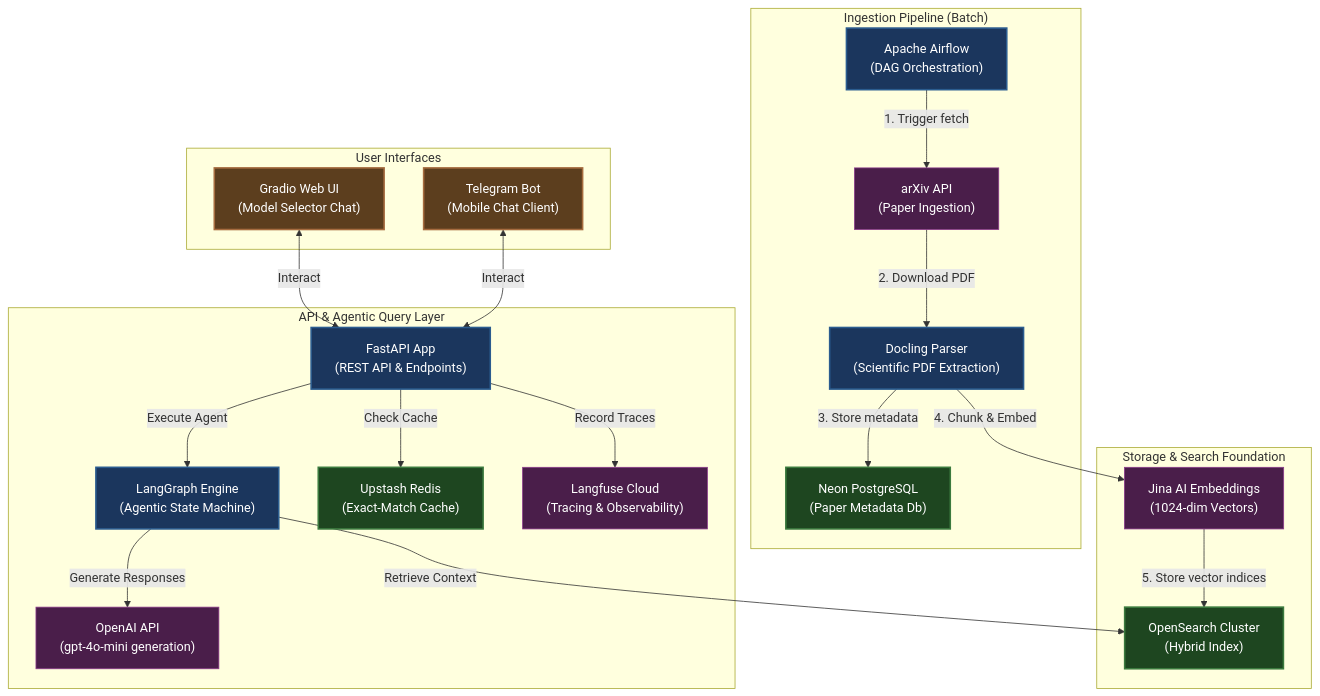
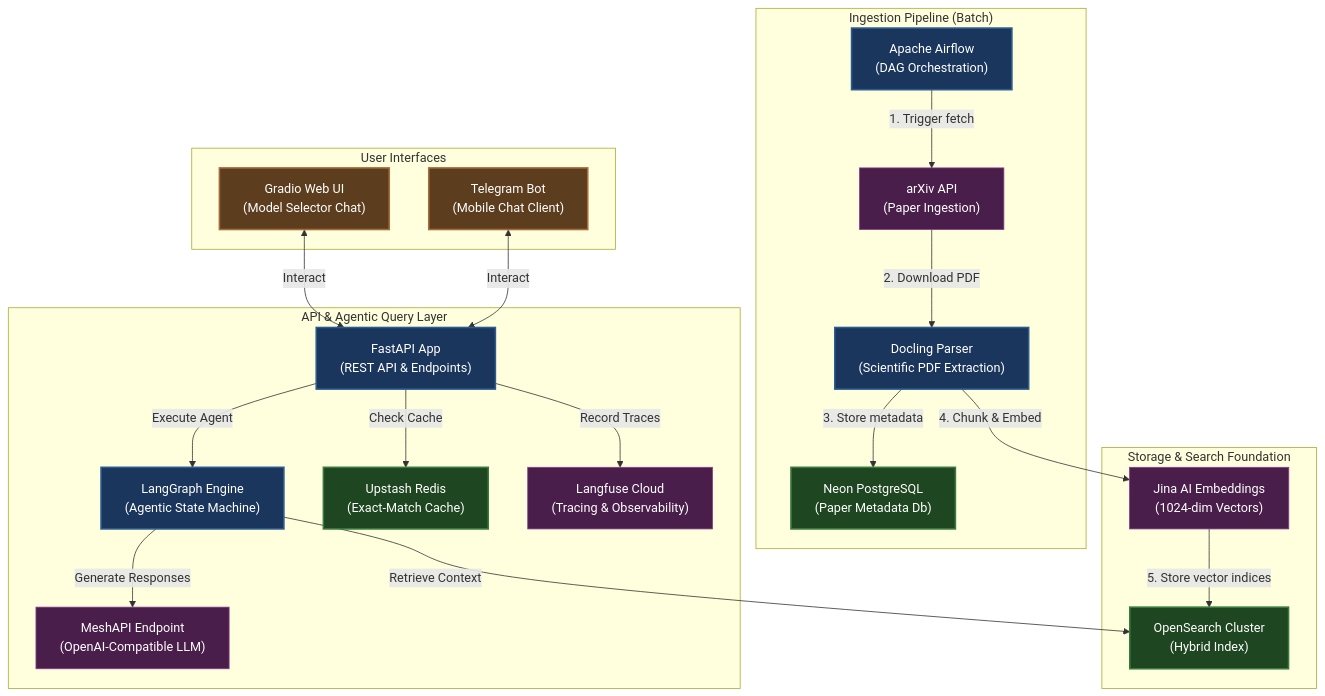
The first of 4 diagrams in README.md (Murtuzasaifee/ArxivLens), drawn with Mermaid before and after one commit. The commit also changed other lines of this file, not shown here.

Commit message:
MeshAPI updates

````diff
--- a/README.md
+++ b/README.md
@@ -24,53 +42,53 @@
 ```mermaid
 graph TD
     %% Styling
     classDef infra fill:#1c1c1c,stroke:#444,stroke-width:1px,color:#ddd;
     classDef service fill:#1b365d,stroke:#2b5c8f,stroke-width:2px,color:#fff;
     classDef db fill:#1e4620,stroke:#3b7a3e,stroke-width:2px,color:#fff;
     classDef client fill:#5c3e1e,stroke:#a66c3f,stroke-width:2px,color:#fff;
     classDef external fill:#4a1e4a,stroke:#8a3a8a,stroke-width:1px,color:#fff;
 
     %% Ingestion Flow
     subgraph Ingestion ["Ingestion Pipeline (Batch)"]
         Airflow["Apache Airflow<br>(DAG Orchestration)"]:::service
         ArxivAPI["arXiv API<br>(Paper Ingestion)"]:::external
         Docling["Docling Parser<br>(Scientific PDF Extraction)"]:::service
         Postgres["Neon PostgreSQL<br>(Paper Metadata Db)"]:::db
     end
 
     %% Storage & Indexing
     subgraph Storage ["Storage & Search Foundation"]
         OpenSearch["OpenSearch Cluster<br>(Hybrid Index)"]:::db
         JinaAI["Jina AI Embeddings<br>(1024-dim Vectors)"]:::external
     end
 
     %% Query Pipeline
     subgraph API_Services ["API & Agentic Query Layer"]
         FastAPI["FastAPI App<br>(REST API & Endpoints)"]:::service
         LangGraph["LangGraph Engine<br>(Agentic State Machine)"]:::service
-        OpenAI["OpenAI API<br>(gpt-4o-mini generation)"]:::external
+        MeshAPI["MeshAPI Endpoint<br>(OpenAI-Compatible LLM)"]:::external
         Redis["Upstash Redis<br>(Exact-Match Cache)"]:::db
         Langfuse["Langfuse Cloud<br>(Tracing & Observability)"]:::external
     end
 
     %% Clients
     subgraph Clients ["User Interfaces"]
         Gradio["Gradio Web UI<br>(Model Selector Chat)"]:::client
         Telegram["Telegram Bot<br>(Mobile Chat Client)"]:::client
     end
 
     %% Ingestion Connections
     Airflow -->|1. Trigger fetch| ArxivAPI
     ArxivAPI -->|2. Download PDF| Docling
     Docling -->|3. Store metadata| Postgres
     Docling -->|4. Chunk & Embed| JinaAI
     JinaAI -->|5. Store vector indices| OpenSearch
 
     %% Query Connections
     Gradio & Telegram <-->|Interact| FastAPI
     FastAPI -->|Check Cache| Redis
     FastAPI -->|Record Traces| Langfuse
     FastAPI -->|Execute Agent| LangGraph
     LangGraph -->|Retrieve Context| OpenSearch
-    LangGraph -->|Generate Responses| OpenAI
+    LangGraph -->|Generate Responses| MeshAPI
 ```
````
